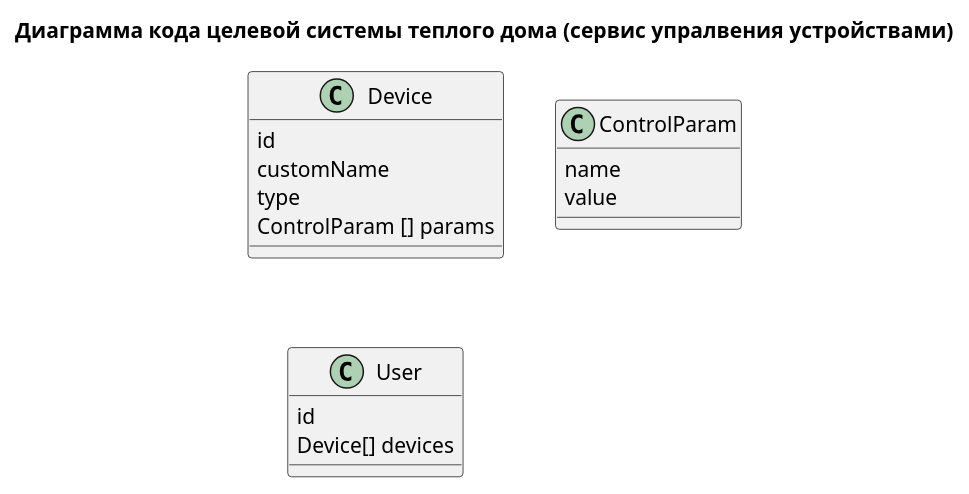
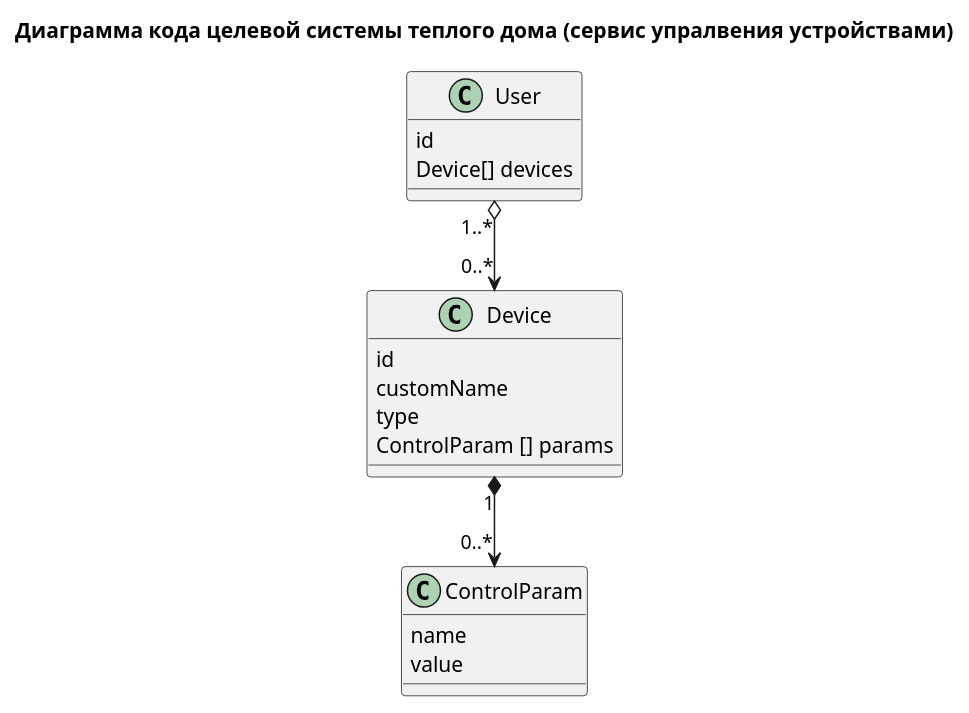
Before and after one commit to AlexanderNikitin/architecture-sprint-3: the diagram in new-code.puml, drawn with PlantUML. The commit also changed 4 other files, not shown here.

Commit message:
1. Добавлено описание домена существующей системы 2. В диаграмме кода добавлено связей 3. Исправлена ER-диаграмма: убраны технические поля сущностей, так как они дублировали информацию линий связи, изменен тип связи Пользователь-Устройство

```diff
--- a/new-code.puml
+++ b/new-code.puml
@@ -1,23 +1,26 @@
 @startuml
 'https://plantuml.com/class-diagram
 
 title Диаграмма кода целевой системы теплого дома (сервис упралвения устройствами)
 
 class Device {
     id
     customName
     type
     ControlParam [] params
 }
 
 class ControlParam {
     name
     value
 }
 
 class User {
     id
     Device[] devices
 }
 
+Device "1" *--> "0..*" ControlParam
+User "1..*" o--> "0..*" Device
+
 @enduml
```
